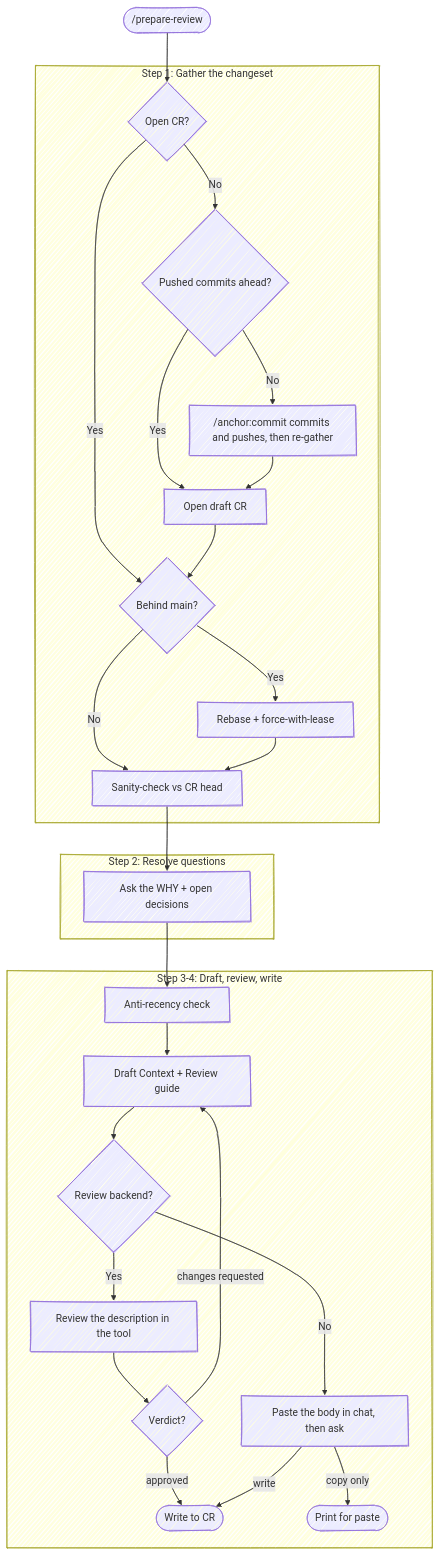
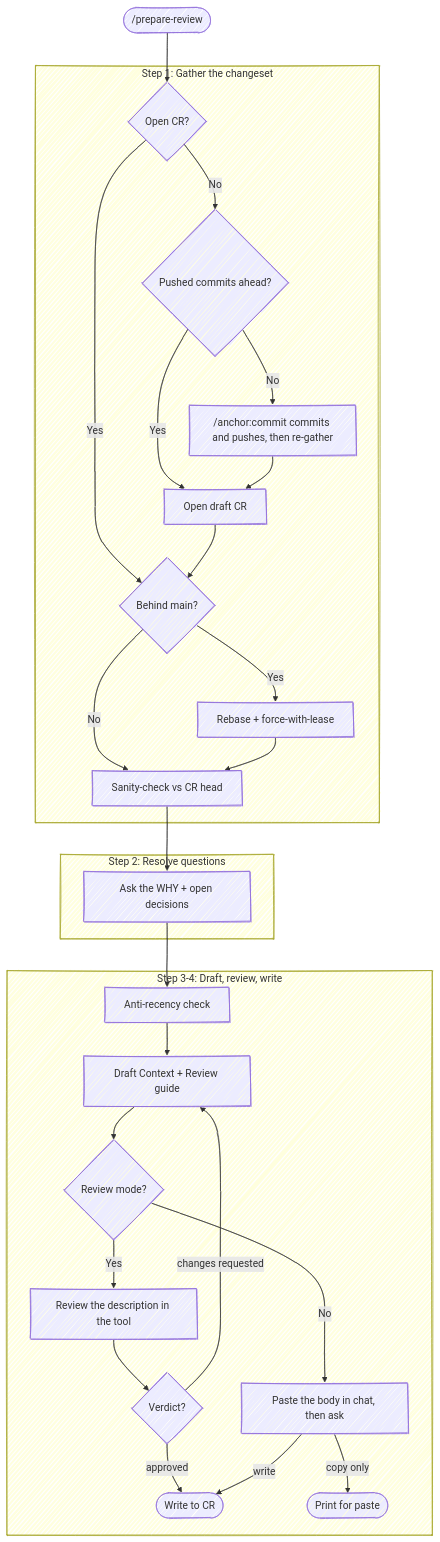
Before and after one commit to chris-peterson/anchor: the diagram in skills/prepare-review/SKILL.md, drawn with Mermaid. The commit also changed other lines of this file and 26 other files, not shown here.

````diff
--- a/skills/prepare-review/SKILL.md
+++ b/skills/prepare-review/SKILL.md
@@ -17,34 +17,34 @@
 ```mermaid
 %%{ init: { 'look': 'handDrawn' } }%%
 flowchart TD
     Start(["/prepare-review"]) --> CR{Open CR?}
 
     subgraph "Step 1: Gather the changeset"
         CR -->|No| Pushed{Pushed commits ahead?}
         CR -->|Yes| Behind
         Pushed -->|No| Commit["/anchor:commit commits and pushes, then re-gather"]
         Pushed -->|Yes| MakeCR["Open draft CR"]
         Commit --> MakeCR
         MakeCR --> Behind{Behind main?}
         Behind -->|Yes| DoRebase["Rebase + force-with-lease"]
         Behind -->|No| StateCheck
         DoRebase --> StateCheck["Sanity-check vs CR head"]
     end
 
     subgraph "Step 2: Resolve questions"
         StateCheck --> Why["Ask the WHY + open decisions"]
     end
 
     subgraph "Step 3-4: Draft, review, write"
         Why --> Recency["Anti-recency check"]
         Recency --> Draft["Draft Context + Review guide"]
-        Draft --> Backend{Review backend?}
+        Draft --> Backend{Review mode?}
         Backend -->|Yes| InTool["Review the description in the tool"]
         Backend -->|No| Chat["Paste the body in chat, then ask"]
         InTool --> Verdict{Verdict?}
         Verdict -->|approved| Forge(["Write to CR"])
         Verdict -->|changes requested| Draft
         Chat -->|write| Forge
         Chat -->|copy only| CopyOnly(["Print for paste"])
     end
 ```
````
